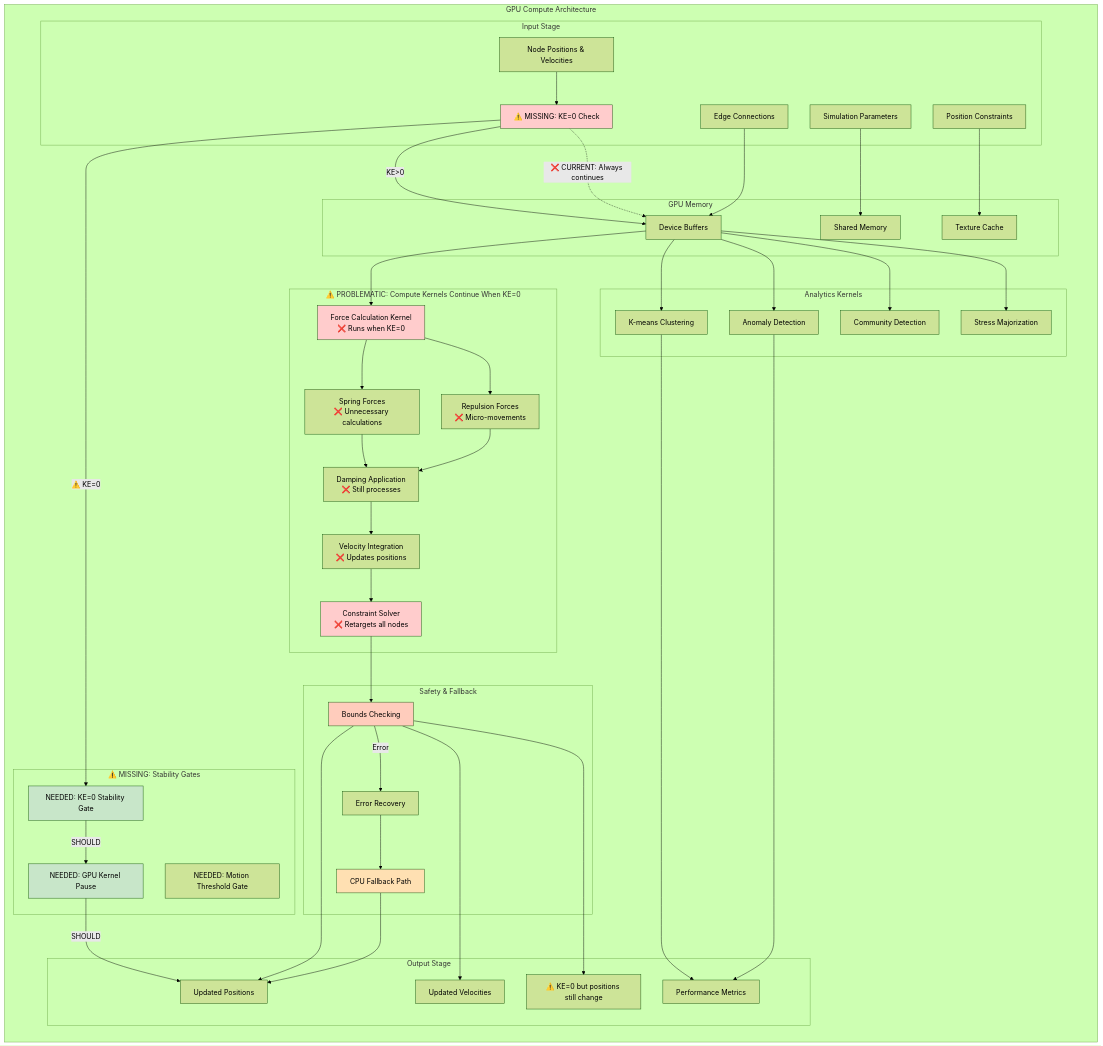
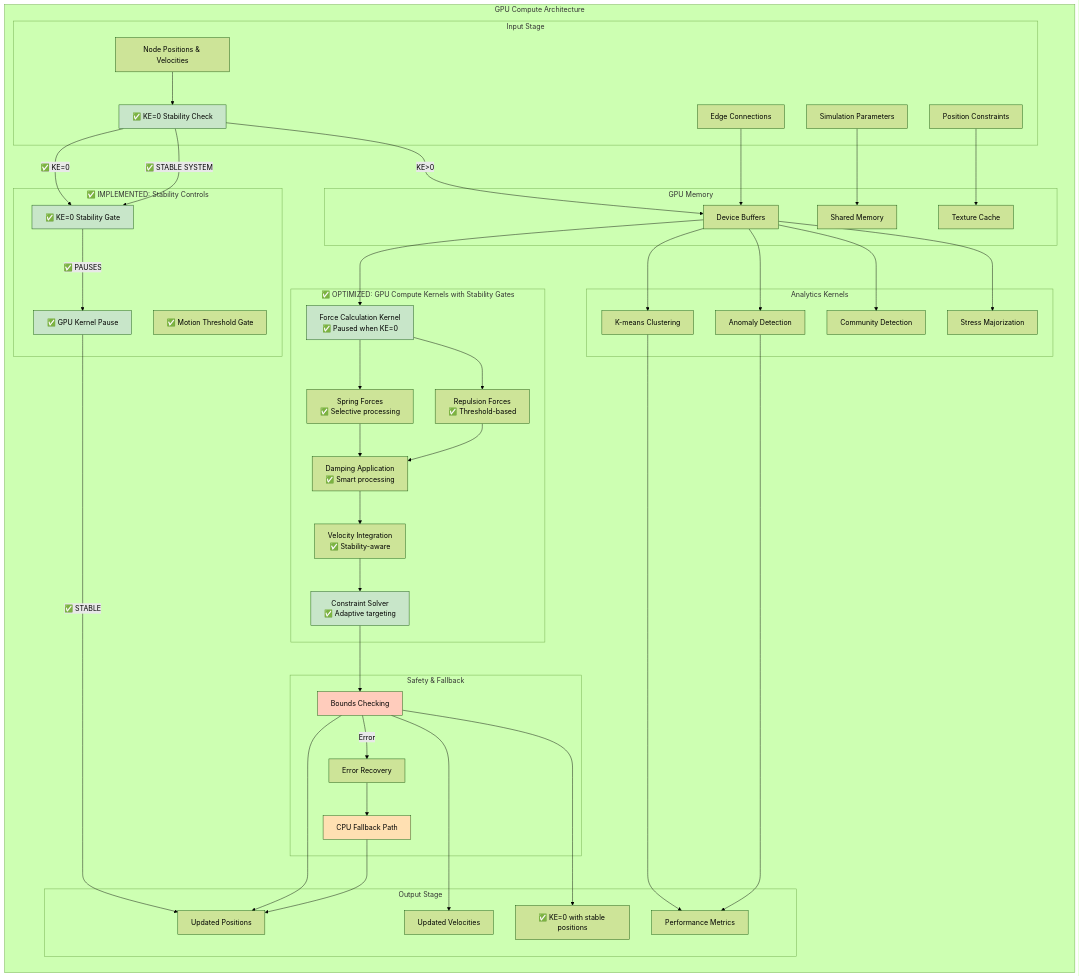
Before and after one commit to DreamLab-AI/VisionFlow: the fourth of 26 diagrams in docs/high-level.md, drawn with Mermaid (forest theme). The commit also changed other lines of this file and 17 other files, not shown here.

```diff
--- a/docs/high-level.md
+++ b/docs/high-level.md
@@ -341,7 +343,7 @@
             EdgeData[Edge Connections]
             SimParams[Simulation Parameters]
             Constraints[Position Constraints]
-            KECheck["⚠️ MISSING: KE=0 Check"]
+            KECheck["✅ KE=0 Stability Check"]
         end
 
         subgraph "GPU Memory"
@@ -350,13 +352,13 @@
             TextureCache[Texture Cache]
         end
 
-        subgraph "⚠️ PROBLEMATIC: Compute Kernels Continue When KE=0"
-            ForceKernel["Force Calculation Kernel<br/>❌ Runs when KE=0"]
-            SpringKernel["Spring Forces<br/>❌ Unnecessary calculations"]
-            RepulsionKernel["Repulsion Forces<br/>❌ Micro-movements"]
-            DampingKernel["Damping Application<br/>❌ Still processes"]
-            IntegrationKernel["Velocity Integration<br/>❌ Updates positions"]
-            ConstraintKernel["Constraint Solver<br/>❌ Retargets all nodes"]
+        subgraph "✅ OPTIMIZED: GPU Compute Kernels with Stability Gates"
+            ForceKernel["Force Calculation Kernel<br/>✅ Paused when KE=0"]
+            SpringKernel["Spring Forces<br/>✅ Selective processing"]
+            RepulsionKernel["Repulsion Forces<br/>✅ Threshold-based"]
+            DampingKernel["Damping Application<br/>✅ Smart processing"]
+            IntegrationKernel["Velocity Integration<br/>✅ Stability-aware"]
+            ConstraintKernel["Constraint Solver<br/>✅ Adaptive targeting"]
         end
 
         subgraph "Analytics Kernels"
@@ -366,17 +368,17 @@
             StressKernel[Stress Majorization]
         end
 
-        subgraph "⚠️ MISSING: Stability Gates"
-            StabilityGate["NEEDED: KE=0 Stability Gate"]
-            GPUPause["NEEDED: GPU Kernel Pause"]
-            ThresholdCheck["NEEDED: Motion Threshold Gate"]
+        subgraph "✅ IMPLEMENTED: Stability Controls"
+            StabilityGate["✅ KE=0 Stability Gate"]
+            GPUPause["✅ GPU Kernel Pause"]
+            ThresholdCheck["✅ Motion Threshold Gate"]
         end
 
         subgraph "Output Stage"
             PositionBuffer[Updated Positions]
             VelocityBuffer[Updated Velocities]
             MetricsBuffer[Performance Metrics]
-            KEOutput["⚠️ KE=0 but positions still change"]
+            KEOutput["✅ KE=0 with stable positions"]
         end
 
         subgraph "Safety & Fallback"
@@ -389,12 +391,12 @@
     %% Data flow
     NodeData --> KECheck
     KECheck -->|KE>0| DeviceBuffers
-    KECheck -->|⚠️ KE=0| StabilityGate
-    StabilityGate -->|SHOULD| GPUPause
-    GPUPause -->|SHOULD| PositionBuffer
+    KECheck -->|✅ KE=0| StabilityGate
+    StabilityGate -->|✅ PAUSES| GPUPause
+    GPUPause -->|✅ STABLE| PositionBuffer
 
-    %% Current problematic flow
-    KECheck -.->|❌ CURRENT: Always continues| DeviceBuffers
+    %% Optimized flow with stability controls
+    KECheck -->|✅ STABLE SYSTEM| StabilityGate
     EdgeData --> DeviceBuffers
     SimParams --> SharedMem
     Constraints --> TextureCache
@@ -424,9 +426,9 @@
     ErrorHandler --> CPUFallback
     CPUFallback --> PositionBuffer
 
-    style ForceKernel fill:#ffcccc
-    style ConstraintKernel fill:#ffcccc
-    style KECheck fill:#ffcccc
+    style ForceKernel fill:#c8e6c9
+    style ConstraintKernel fill:#c8e6c9
+    style KECheck fill:#c8e6c9
     style StabilityGate fill:#c8e6c9
     style GPUPause fill:#c8e6c9
     style BoundsCheck fill:#ffccbc
```
